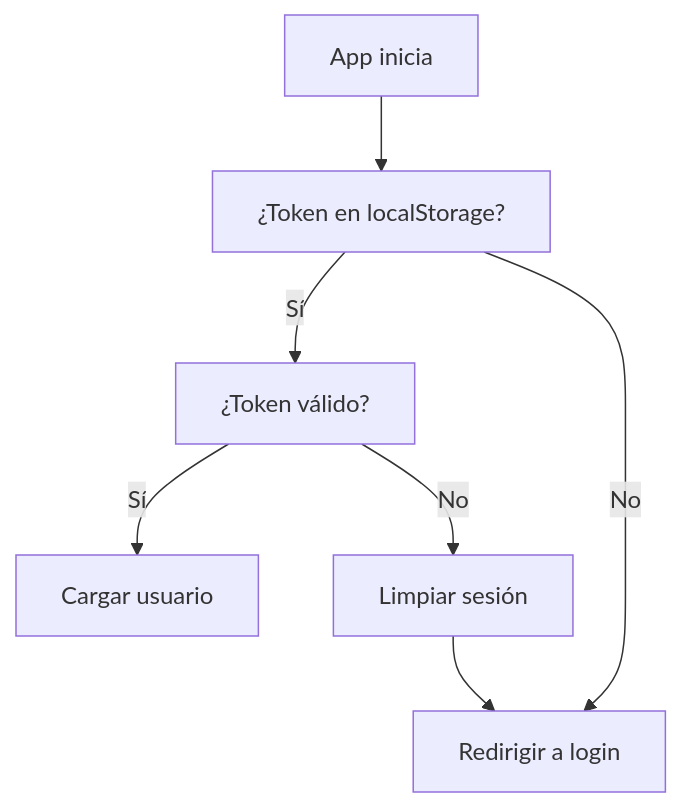
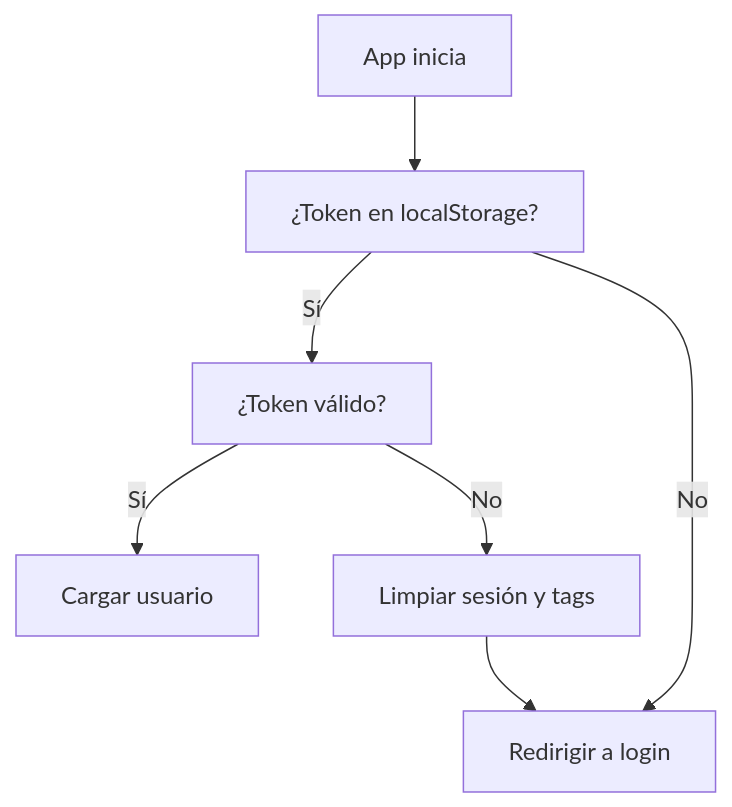
Before and after one commit to empathicacolombia/empathicaweb: the third of 4 diagrams in SESSION_MANAGEMENT_GUIDE.md, drawn with Mermaid. The commit also changed other lines of this file and 6 other files, not shown here.

````diff
--- a/SESSION_MANAGEMENT_GUIDE.md
+++ b/SESSION_MANAGEMENT_GUIDE.md
@@ -201,9 +352,9 @@
 ```mermaid
 graph TD
     A[App inicia] --> B[¿Token en localStorage?]
     B -->|Sí| C[¿Token válido?]
     B -->|No| D[Redirigir a login]
     C -->|Sí| E[Cargar usuario]
-    C -->|No| F[Limpiar sesión]
+    C -->|No| F[Limpiar sesión y tags]
     F --> D
 ```
````
